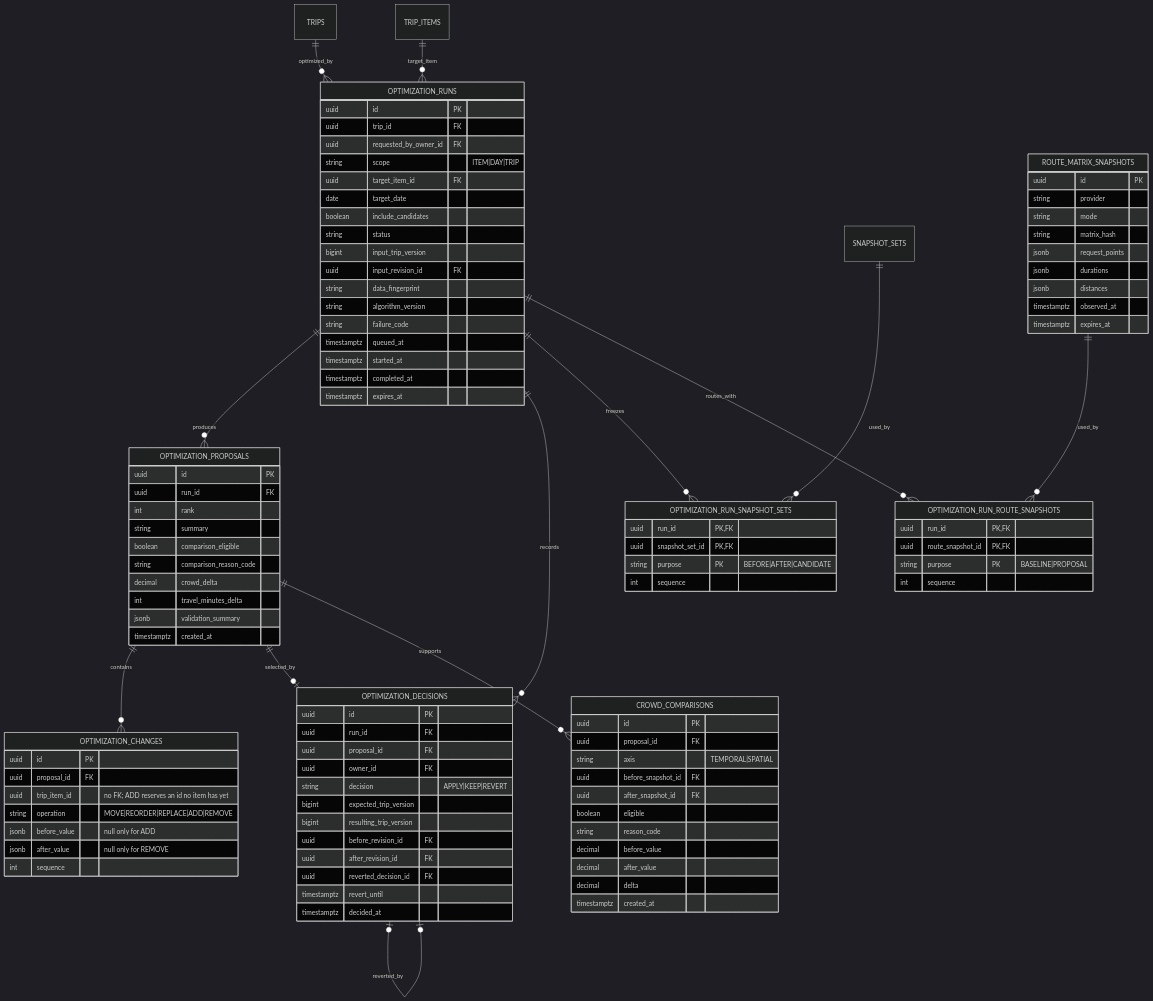
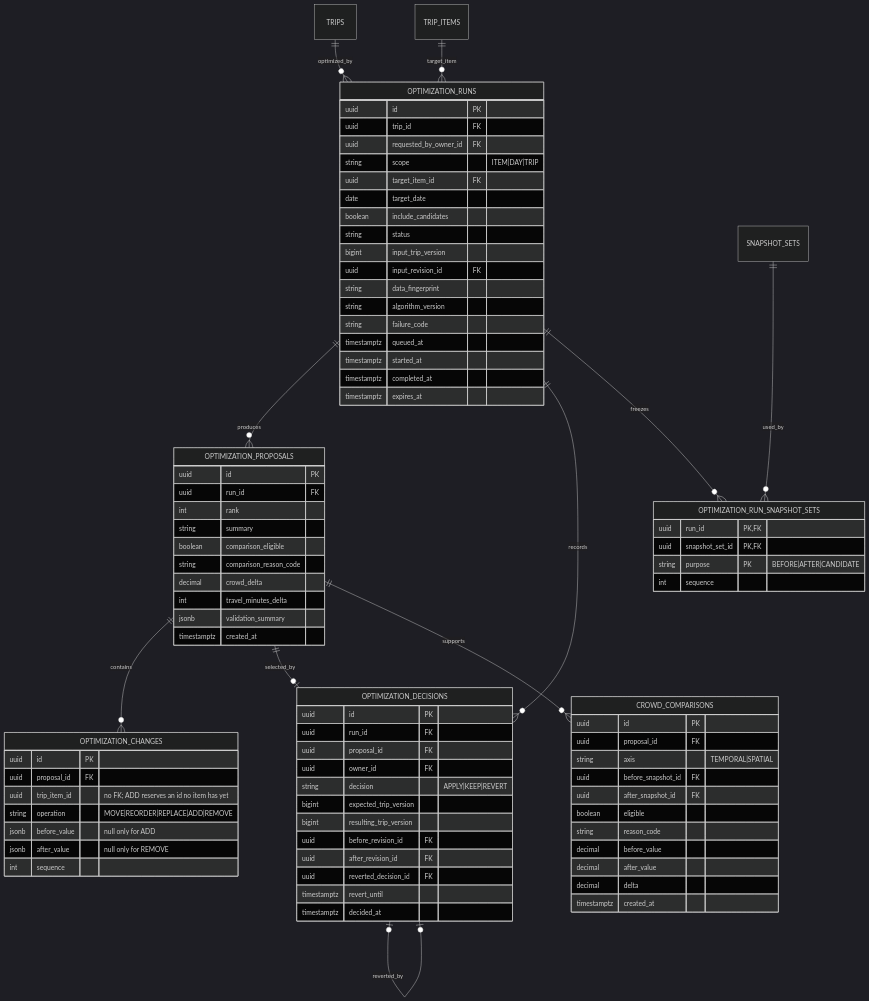
Before and after one commit to yutakdv/Nullnull: the second of 3 diagrams in docs/architecture/ERD.md, drawn with Mermaid (dark theme). The commit also changed other lines of this file and 2 other files, not shown here.

````diff
--- a/docs/architecture/ERD.md
+++ b/docs/architecture/ERD.md
@@ -284,8 +284,6 @@
     OPTIMIZATION_DECISIONS |o--o| OPTIMIZATION_DECISIONS : reverted_by
     OPTIMIZATION_RUNS ||--o{ OPTIMIZATION_RUN_SNAPSHOT_SETS : freezes
     SNAPSHOT_SETS ||--o{ OPTIMIZATION_RUN_SNAPSHOT_SETS : used_by
-    OPTIMIZATION_RUNS ||--o{ OPTIMIZATION_RUN_ROUTE_SNAPSHOTS : routes_with
-    ROUTE_MATRIX_SNAPSHOTS ||--o{ OPTIMIZATION_RUN_ROUTE_SNAPSHOTS : used_by
     OPTIMIZATION_PROPOSALS ||--o{ CROWD_COMPARISONS : supports
 
     OPTIMIZATION_RUNS {
@@ -312,13 +310,6 @@
       uuid run_id PK,FK
       uuid snapshot_set_id PK,FK
       string purpose PK "BEFORE|AFTER|CANDIDATE"
-      int sequence
-    }
-
-    OPTIMIZATION_RUN_ROUTE_SNAPSHOTS {
-      uuid run_id PK,FK
-      uuid route_snapshot_id PK,FK
-      string purpose PK "BASELINE|PROPOSAL"
       int sequence
     }
 
@@ -373,16 +364,4 @@
       decimal delta
       timestamptz created_at
     }
-
-    ROUTE_MATRIX_SNAPSHOTS {
-      uuid id PK
-      string provider
-      string mode
-      string matrix_hash
-      jsonb request_points
-      jsonb durations
-      jsonb distances
-      timestamptz observed_at
-      timestamptz expires_at
-    }
 ```
````
